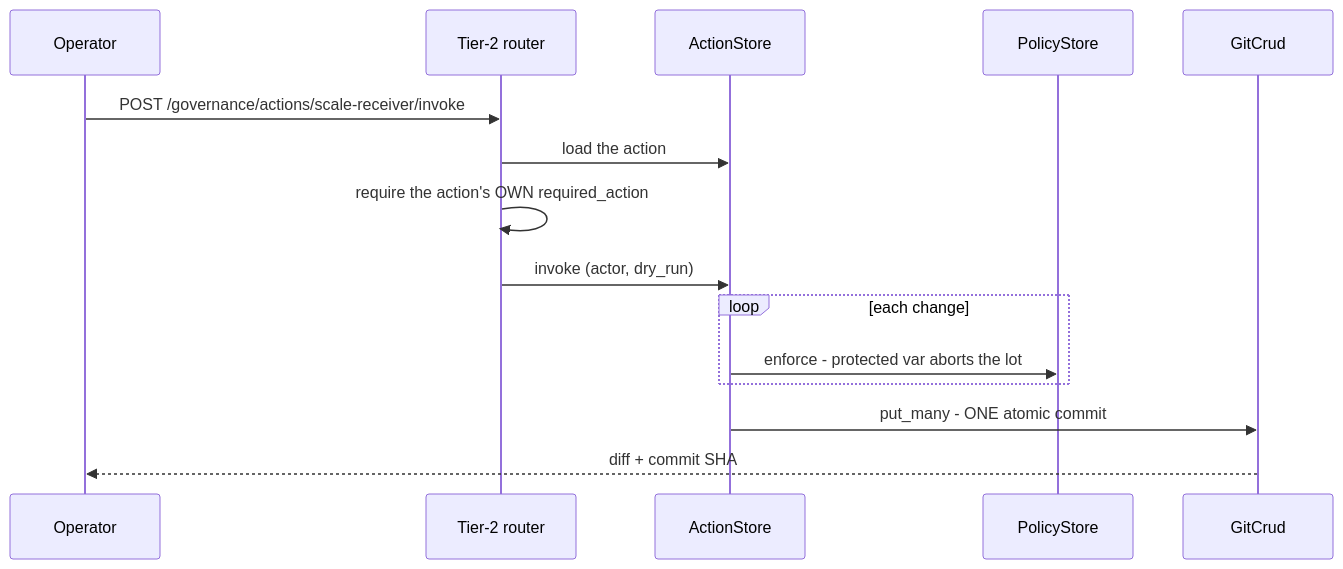
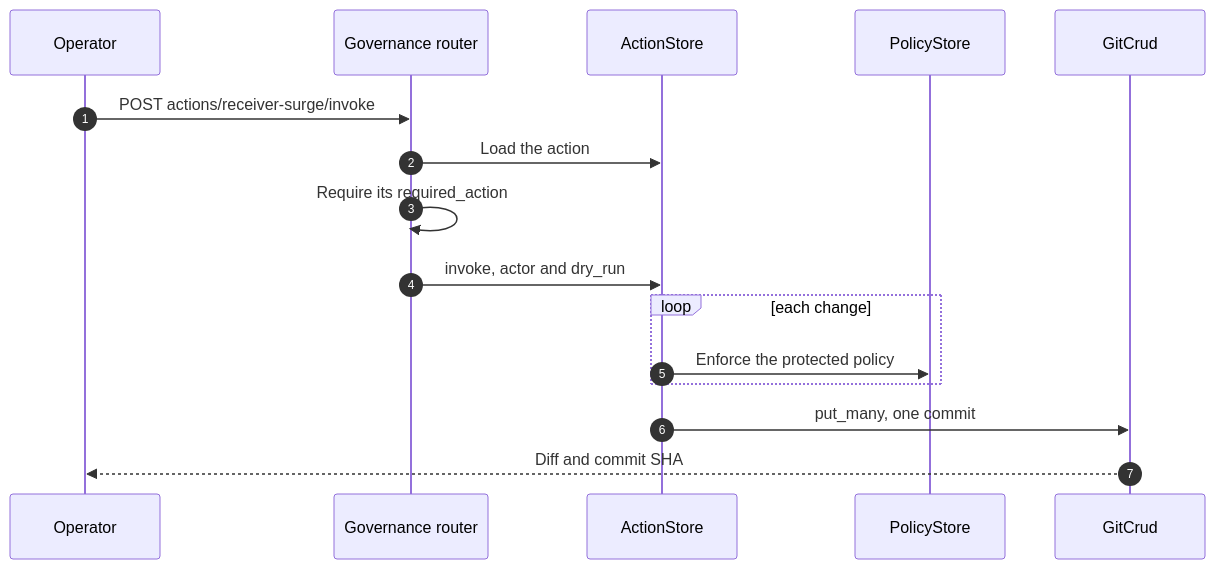
Before and after one commit to hyperi-io/dfe-engine: the third of 8 diagrams in docs/control-plane/governed-ops-design.md, drawn with Mermaid. The commit also changed other lines of this file and 71 other files, not shown here.

First line of the commit message:
docs(engine): fix 159 claims and redraw every diagram

````diff
--- a/docs/control-plane/governed-ops-design.md
+++ b/docs/control-plane/governed-ops-design.md
@@ -156,18 +97,20 @@
 ```mermaid
 sequenceDiagram
-    participant Op as Operator
-    participant Gov as Tier-2 router
-    participant Store as ActionStore
-    participant Pol as PolicyStore
-    participant Crud as GitCrud
-
-    Op->>Gov: POST /governance/actions/scale-receiver/invoke
-    Gov->>Store: load the action
-    Gov->>Gov: require the action's OWN required_action
-    Gov->>Store: invoke (actor, dry_run)
+    accTitle: L4 Detail -- Invoking an action
+    accDescr: The governance router loads the action and checks the caller holds that action's required_action. ActionStore checks every change against the protected-var policy and writes them all in one commit through GitCrud.
+    autonumber
+    participant op as Operator
+    participant gov as Governance router
+    participant store as ActionStore
+    participant pol as PolicyStore
+    participant crud as GitCrud
+    op->>gov: POST actions/receiver-surge/invoke
+    gov->>store: Load the action
+    gov->>gov: Require its required_action
+    gov->>store: invoke, actor and dry_run
     loop each change
-        Store->>Pol: enforce - protected var aborts the lot
+        store->>pol: Enforce the protected policy
     end
-    Store->>Crud: put_many - ONE atomic commit
-    Crud-->>Op: diff + commit SHA
+    store->>crud: put_many, one commit
+    crud-->>op: Diff and commit SHA
 ```
````
